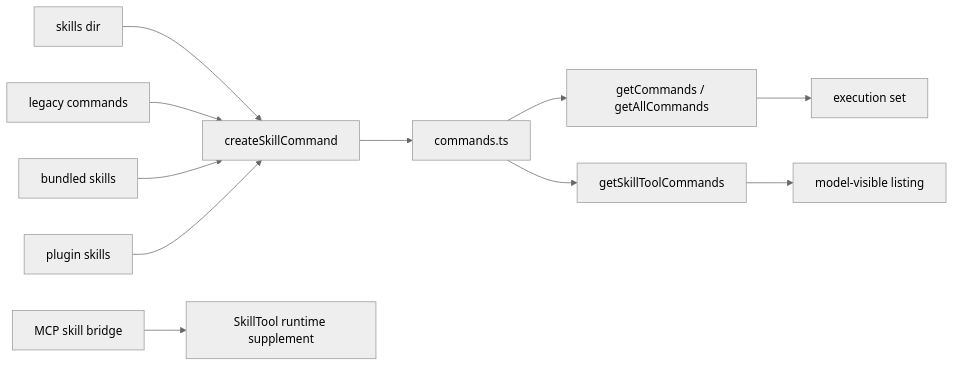
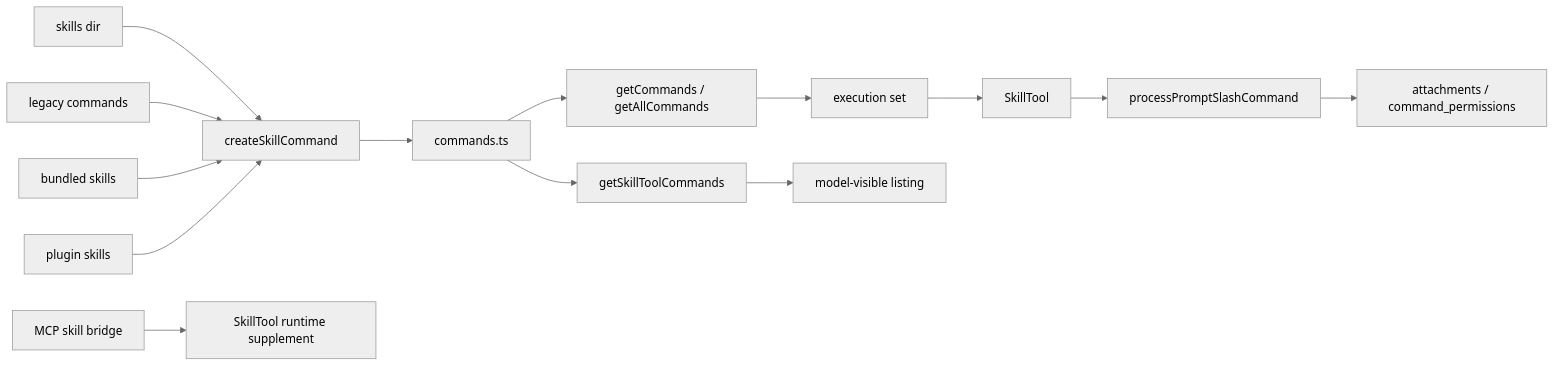
The diagram in PROMPTS/skills-and-command-injection.md (Boulea7/ClaudeCode-Source-DeepDive), drawn with Mermaid (neutral theme) before and after one commit. The commit also changed other lines of this file and 7 other files, not shown here.

````diff
--- a/PROMPTS/skills-and-command-injection.md
+++ b/PROMPTS/skills-and-command-injection.md
@@ -145,13 +149,16 @@
 ```mermaid
 flowchart LR
     A[skills dir] --> E[createSkillCommand]
     B[legacy commands] --> E
     C[bundled skills] --> E
     D[plugin skills] --> E
     F[MCP skill bridge] --> G[SkillTool runtime supplement]
     E --> H[commands.ts]
     H --> I[getCommands / getAllCommands]
     H --> J[getSkillToolCommands]
     I --> K[execution set]
     J --> L[model-visible listing]
+    K --> M[SkillTool]
+    M --> N[processPromptSlashCommand]
+    N --> O[attachments / command_permissions]
 ```
````
